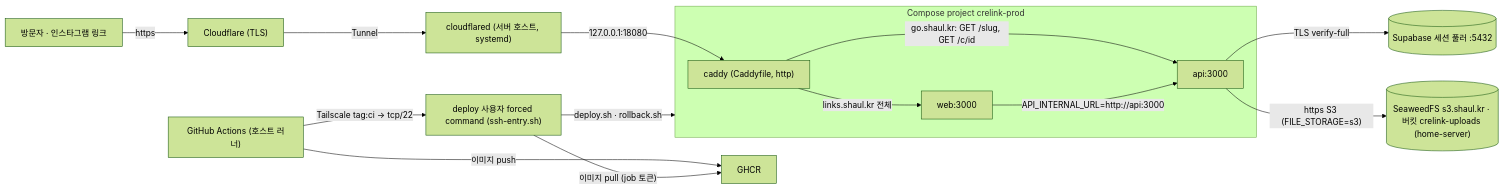
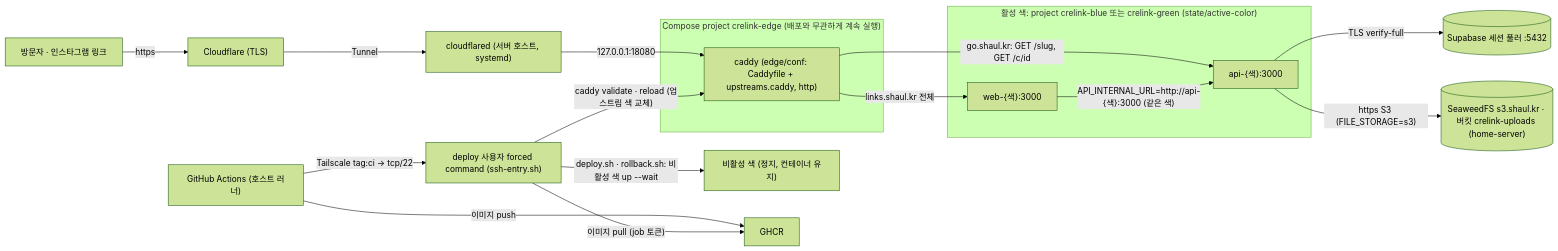
One commit to ai-worker-lab/crelink changed the diagram in docs/specs/crelink-prod-deploy.md. Above: the diagram before and after it, drawn with Mermaid (forest theme). The commit also changed other lines of this file and 19 other files, not shown here.

Commit message:
운영 배포 문서·설정을 Blue/Green 무중단 운영 상태에 맞춤: 설계·워크플로 주석·dependabot edge·ADR 상태 (docs/work/orchestrator/0036-zero-downtime-cutover-verify.md)

````diff
--- a/docs/specs/crelink-prod-deploy.md
+++ b/docs/specs/crelink-prod-deploy.md
@@ -12,17 +12,24 @@
 ```mermaid
 flowchart LR
   V["방문자 · 인스타그램 링크"] -->|https| CF["Cloudflare (TLS)"]
   CF -->|Tunnel| CFD["cloudflared (서버 호스트, systemd)"]
   CFD -->|"127.0.0.1:18080"| C
-  subgraph S["Compose project crelink-prod"]
-    C["caddy (Caddyfile, http)"] -->|"go.shaul.kr: GET /slug, GET /c/id"| A["api:3000"]
-    C -->|"links.shaul.kr 전체"| W["web:3000"]
-    W -->|"API_INTERNAL_URL=http://api:3000"| A
+  subgraph EG["Compose project crelink-edge (배포와 무관하게 계속 실행)"]
+    C["caddy (edge/conf: Caddyfile + upstreams.caddy, http)"]
   end
+  subgraph ACT["활성 색: project crelink-blue 또는 crelink-green (state/active-color)"]
+    A["api-{색}:3000"]
+    W["web-{색}:3000"]
+  end
+  IDLE["비활성 색 (정지, 컨테이너 유지)"]
+  C -->|"go.shaul.kr: GET /slug, GET /c/id"| A
+  C -->|"links.shaul.kr 전체"| W
+  W -->|"API_INTERNAL_URL=http://api-{색}:3000 (같은 색)"| A
   A -->|"TLS verify-full"| DB[("Supabase 세션 풀러 :5432")]
   A -->|"https S3 (FILE_STORAGE=s3)"| S3[("SeaweedFS s3.shaul.kr · 버킷 crelink-uploads (home-server)")]
   GHA["GitHub Actions (호스트 러너)"] -->|"Tailscale tag:ci → tcp/22"| E["deploy 사용자 forced command (ssh-entry.sh)"]
-  E -->|"deploy.sh · rollback.sh"| S
+  E -->|"deploy.sh · rollback.sh: 비활성 색 up --wait"| IDLE
+  E -->|"caddy validate · reload (업스트림 색 교체)"| C
   GHA -->|"이미지 push"| R["GHCR"]
   E -->|"이미지 pull (job 토큰)"| R
 ```
````
